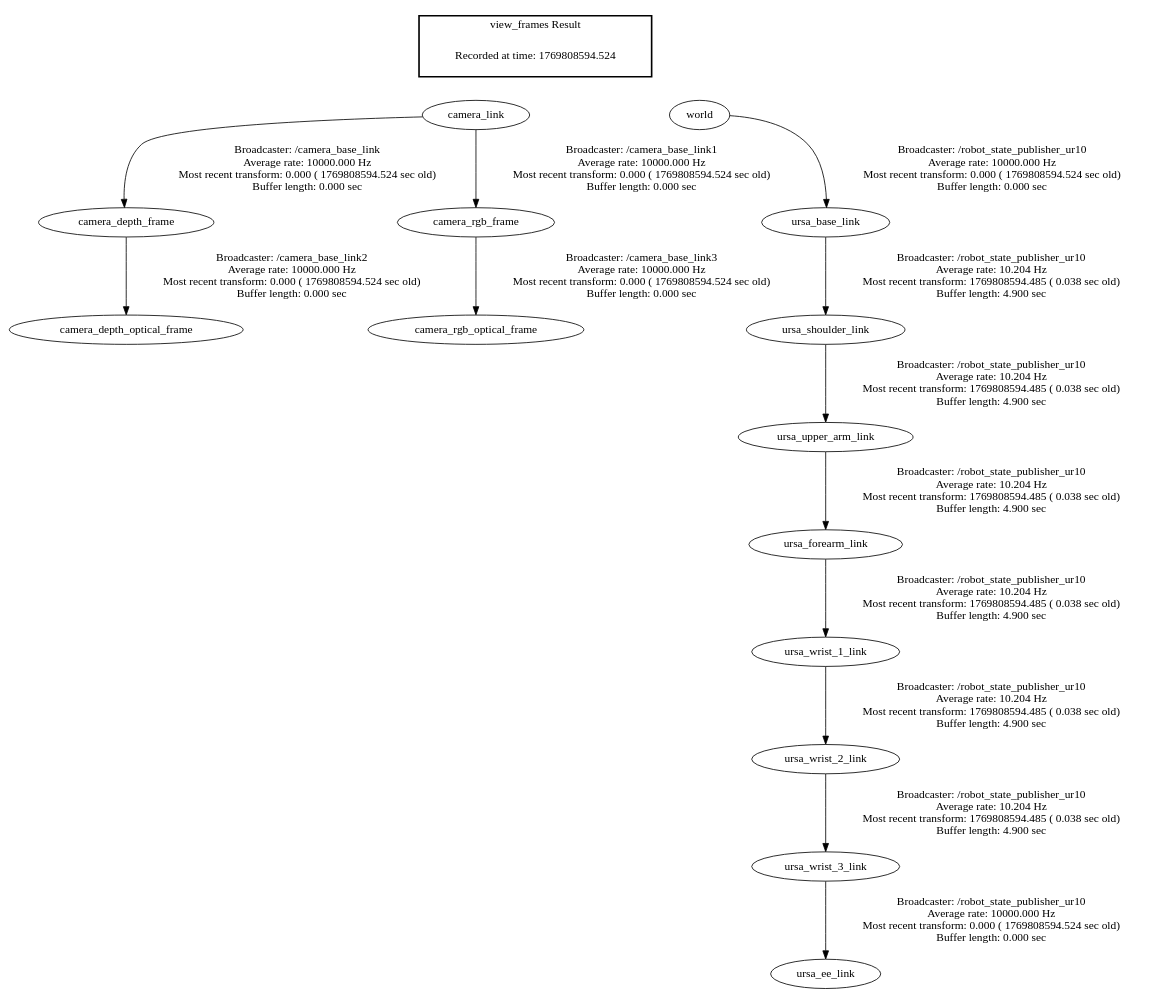
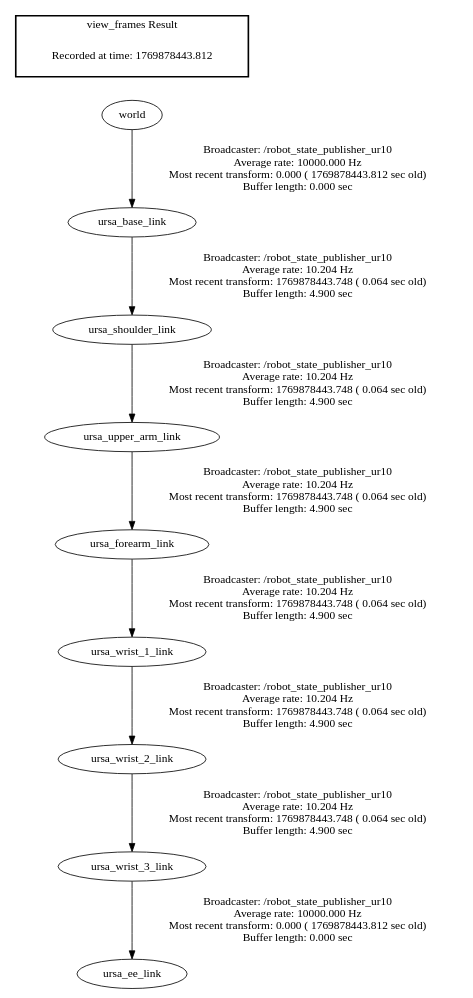
One commit to HJGrant/yolo-impedance-grasp changed the diagram in frames.gv. Above: the diagram before and after it, drawn with Graphviz. The commit also changed 13 other files, not shown here.

```diff
--- a/frames.gv
+++ b/frames.gv
@@ -1,22 +1,14 @@
 digraph G {
-"camera_link" -> "camera_depth_frame"[label="Broadcaster: /camera_base_link\nAverage rate: 10000.000 Hz\nMost recent transform: 0.000 ( 1769808594.524 sec old)\nBuffer length: 0.000 sec\n"];
-"camera_link" -> "camera_rgb_frame"[label="Broadcaster: /camera_base_link1\nAverage rate: 10000.000 Hz\nMost recent transform: 0.000 ( 1769808594.524 sec old)\nBuffer length: 0.000 sec\n"];
-"camera_rgb_frame" -> "camera_rgb_optical_frame"[label="Broadcaster: /camera_base_link3\nAverage rate: 10000.000 Hz\nMost recent transform: 0.000 ( 1769808594.524 sec old)\nBuffer length: 0.000 sec\n"];
-"ursa_wrist_3_link" -> "ursa_ee_link"[label="Broadcaster: /robot_state_publisher_ur10\nAverage rate: 10000.000 Hz\nMost recent transform: 0.000 ( 1769808594.524 sec old)\nBuffer length: 0.000 sec\n"];
-"ursa_wrist_2_link" -> "ursa_wrist_3_link"[label="Broadcaster: /robot_state_publisher_ur10\nAverage rate: 10.204 Hz\nMost recent transform: 1769808594.485 ( 0.038 sec old)\nBuffer length: 4.900 sec\n"];
-"world" -> "ursa_base_link"[label="Broadcaster: /robot_state_publisher_ur10\nAverage rate: 10000.000 Hz\nMost recent transform: 0.000 ( 1769808594.524 sec old)\nBuffer length: 0.000 sec\n"];
-"camera_depth_frame" -> "camera_depth_optical_frame"[label="Broadcaster: /camera_base_link2\nAverage rate: 10000.000 Hz\nMost recent transform: 0.000 ( 1769808594.524 sec old)\nBuffer length: 0.000 sec\n"];
-"ursa_upper_arm_link" -> "ursa_forearm_link"[label="Broadcaster: /robot_state_publisher_ur10\nAverage rate: 10.204 Hz\nMost recent transform: 1769808594.485 ( 0.038 sec old)\nBuffer length: 4.900 sec\n"];
-"ursa_shoulder_link" -> "ursa_upper_arm_link"[label="Broadcaster: /robot_state_publisher_ur10\nAverage rate: 10.204 Hz\nMost recent transform: 1769808594.485 ( 0.038 sec old)\nBuffer length: 4.900 sec\n"];
-"ursa_base_link" -> "ursa_shoulder_link"[label="Broadcaster: /robot_state_publisher_ur10\nAverage rate: 10.204 Hz\nMost recent transform: 1769808594.485 ( 0.038 sec old)\nBuffer length: 4.900 sec\n"];
-"ursa_forearm_link" -> "ursa_wrist_1_link"[label="Broadcaster: /robot_state_publisher_ur10\nAverage rate: 10.204 Hz\nMost recent transform: 1769808594.485 ( 0.038 sec old)\nBuffer length: 4.900 sec\n"];
-"ursa_wrist_1_link" -> "ursa_wrist_2_link"[label="Broadcaster: /robot_state_publisher_ur10\nAverage rate: 10.204 Hz\nMost recent transform: 1769808594.485 ( 0.038 sec old)\nBuffer length: 4.900 sec\n"];
+"ursa_wrist_3_link" -> "ursa_ee_link"[label="Broadcaster: /robot_state_publisher_ur10\nAverage rate: 10000.000 Hz\nMost recent transform: 0.000 ( 1769878443.812 sec old)\nBuffer length: 0.000 sec\n"];
+"ursa_wrist_2_link" -> "ursa_wrist_3_link"[label="Broadcaster: /robot_state_publisher_ur10\nAverage rate: 10.204 Hz\nMost recent transform: 1769878443.748 ( 0.064 sec old)\nBuffer length: 4.900 sec\n"];
+"world" -> "ursa_base_link"[label="Broadcaster: /robot_state_publisher_ur10\nAverage rate: 10000.000 Hz\nMost recent transform: 0.000 ( 1769878443.812 sec old)\nBuffer length: 0.000 sec\n"];
+"ursa_upper_arm_link" -> "ursa_forearm_link"[label="Broadcaster: /robot_state_publisher_ur10\nAverage rate: 10.204 Hz\nMost recent transform: 1769878443.748 ( 0.064 sec old)\nBuffer length: 4.900 sec\n"];
+"ursa_shoulder_link" -> "ursa_upper_arm_link"[label="Broadcaster: /robot_state_publisher_ur10\nAverage rate: 10.204 Hz\nMost recent transform: 1769878443.748 ( 0.064 sec old)\nBuffer length: 4.900 sec\n"];
+"ursa_base_link" -> "ursa_shoulder_link"[label="Broadcaster: /robot_state_publisher_ur10\nAverage rate: 10.204 Hz\nMost recent transform: 1769878443.748 ( 0.064 sec old)\nBuffer length: 4.900 sec\n"];
+"ursa_forearm_link" -> "ursa_wrist_1_link"[label="Broadcaster: /robot_state_publisher_ur10\nAverage rate: 10.204 Hz\nMost recent transform: 1769878443.748 ( 0.064 sec old)\nBuffer length: 4.900 sec\n"];
+"ursa_wrist_1_link" -> "ursa_wrist_2_link"[label="Broadcaster: /robot_state_publisher_ur10\nAverage rate: 10.204 Hz\nMost recent transform: 1769878443.748 ( 0.064 sec old)\nBuffer length: 4.900 sec\n"];
 edge [style=invis];
  subgraph cluster_legend { style=bold; color=black; label ="view_frames Result";
-"Recorded at time: 1769808594.524"[ shape=plaintext ] ;
- }->"camera_link";
-edge [style=invis];
- subgraph cluster_legend { style=bold; color=black; label ="view_frames Result";
-"Recorded at time: 1769808594.524"[ shape=plaintext ] ;
+"Recorded at time: 1769878443.812"[ shape=plaintext ] ;
  }->"world";
 }
```
